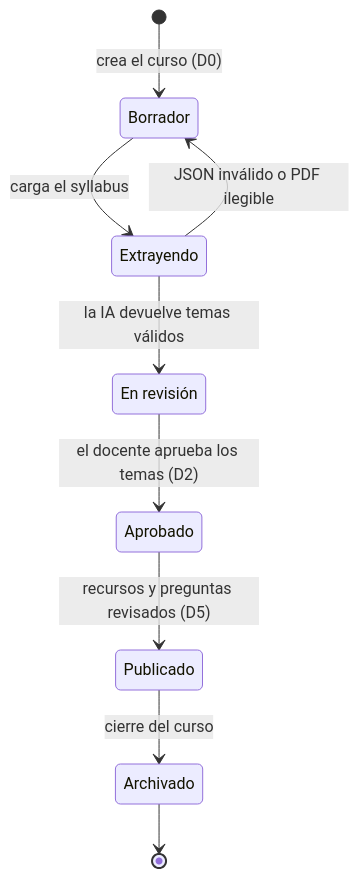
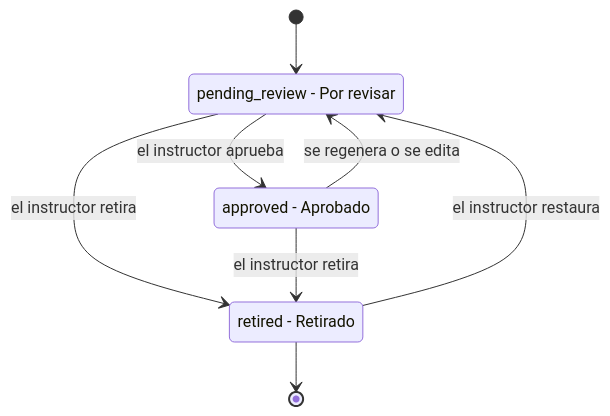
One commit to armandoordonez/smartmentor changed the fifth of 11 diagrams in design/01-flujo-y-casos-de-uso/estados.md. Above: the diagram before and after it, drawn with Mermaid. The commit also changed other lines of this file and 2 other files, not shown here.

````diff
--- a/design/01-flujo-y-casos-de-uso/estados.md
+++ b/design/01-flujo-y-casos-de-uso/estados.md
@@ -60,13 +183,14 @@
 ```mermaid
 stateDiagram-v2
-    [*] --> Borrador: crea el curso (D0)
-    Borrador --> Extrayendo: carga el syllabus
-    Extrayendo --> EnRevision: la IA devuelve temas válidos
-    Extrayendo --> Borrador: JSON inválido o PDF ilegible
-    EnRevision --> Aprobado: el docente aprueba los temas (D2)
-    Aprobado --> Publicado: recursos y preguntas revisados (D5)
-    Publicado --> Archivado: cierre del curso
-    Archivado --> [*]
+    [*] --> pending_review
+    pending_review --> approved: el instructor aprueba
+    pending_review --> retired: el instructor retira
+    approved --> pending_review: se regenera o se edita
+    approved --> retired: el instructor retira
+    retired --> pending_review: el instructor restaura
+    retired --> [*]
 
-    EnRevision: En revisión
+    state "pending_review - Por revisar" as pending_review
+    state "approved - Aprobado" as approved
+    state "retired - Retirado" as retired
 ```
````
